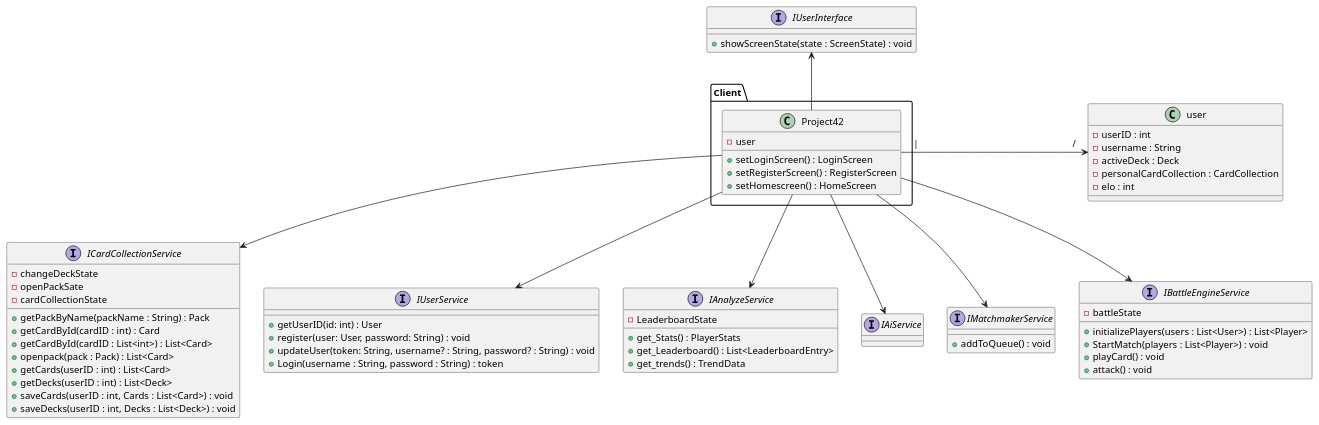
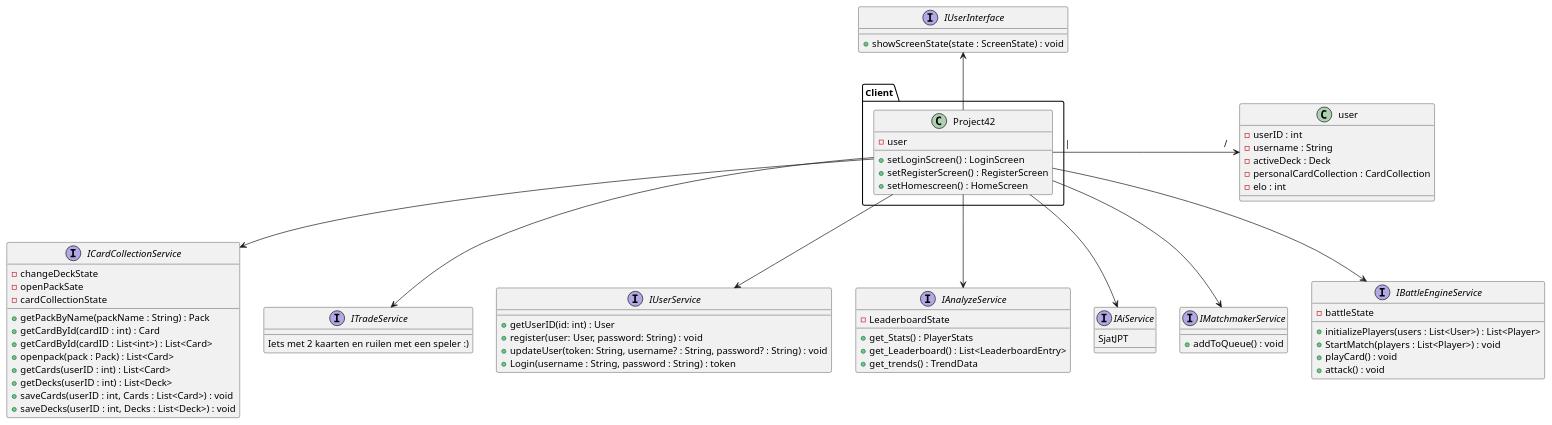
The diagram in implementation view/overviewInterfaces.puml (RobKokx/diagrammen-SAD-Pinc), drawn with PlantUML before and after one commit.

```diff
--- a/implementation view/overviewInterfaces.puml
+++ b/implementation view/overviewInterfaces.puml
@@ -1,73 +1,82 @@
 @startuml
 
 interface "IUserInterface" as UI{
 +showScreenState(state : ScreenState) : void
 }
 
 package Client{
 class "Project42" as client{
 - user
 +setLoginScreen() : LoginScreen
 +setRegisterScreen() : RegisterScreen
 +setHomescreen() : HomeScreen
 
 }
 }
 
 interface "ICardCollectionService" as CCS{
 -changeDeckState
 -openPackSate
 -cardCollectionState
 +getPackByName(packName : String) : Pack
 +getCardById(cardID : int) : Card
 +getCardById(cardID : List<int>) : List<Card>
 +openpack(pack : Pack) : List<Card>
 +getCards(userID : int) : List<Card>
 +getDecks(userID : int) : List<Deck>
 +saveCards(userID : int, Cards : List<Card>) : void
 +saveDecks(userID : int, Decks : List<Deck>) : void
 }
 
+interface "ITradeService" as TS {
+Iets met 2 kaarten en ruilen met een speler :)
+}
+
 interface "IUserService" as US{
 +getUserID(id: int) : User
 +register(user: User, password: String) : void
 +updateUser(token: String, username? : String, password? : String) : void
 +Login(username : String, password : String) : token
 }
 interface "IAnalyzeService" as AS{
 -LeaderboardState
 +get_Stats() : PlayerStats
 +get_Leaderboard() : List<LeaderboardEntry>
 +get_trends() : TrendData
 }
-interface "IAiService" as AiS{}
+
+interface "IAiService" as AiS{
+SjatJPT
+}
+
 interface "IMatchmakerService" as MS{
 +addToQueue() : void
 }
 interface "IBattleEngineService" as BES{
 -battleState
 +initializePlayers(users : List<User>) : List<Player>
 +StartMatch(players : List<Player>) : void
 +playCard() : void
 +attack() : void
 }
 
 class user{
  - userID : int
  - username : String
  - activeDeck : Deck
  - personalCardCollection : CardCollection
  - elo : int
 }
 
 client -> user : |                                                                   /
 client --> CCS
 client --> US
 client --> AS
 client --> AiS
 client --> MS
 client --> BES
+client --> TS
 UI <-- client
 
 
 @enduml
```
